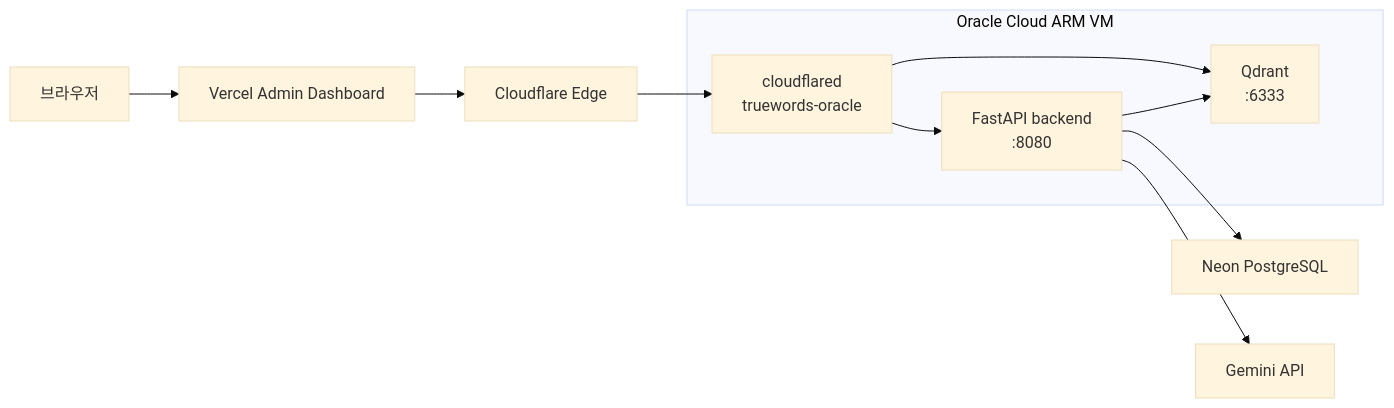
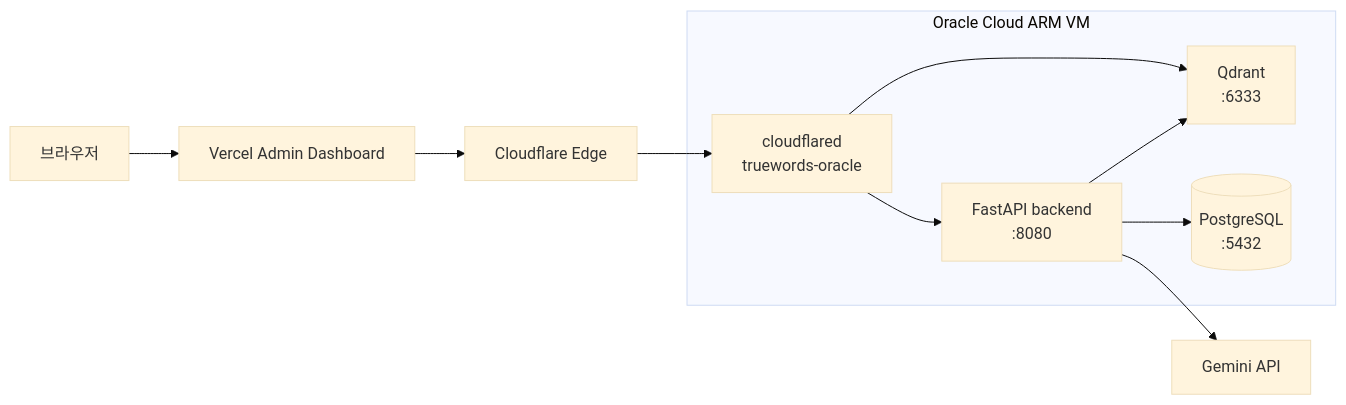
Before and after one commit to woosung-dev/truewords-platform: the diagram in docs/07_infra/oracle-vm-migration.md, drawn with Mermaid (base theme). The commit also changed other lines of this file and 25 other files, not shown here.

````diff
--- a/docs/07_infra/oracle-vm-migration.md
+++ b/docs/07_infra/oracle-vm-migration.md
@@ -19,13 +29,13 @@
 ```mermaid
 flowchart LR
     Browser[브라우저] --> Vercel[Vercel Admin Dashboard]
     Vercel --> Edge[Cloudflare Edge]
     Edge --> Tunnel[cloudflared<br/>truewords-oracle]
     subgraph Oracle[Oracle Cloud ARM VM]
         Tunnel --> Backend[FastAPI backend<br/>:8080]
         Tunnel --> Qdrant[Qdrant<br/>:6333]
         Backend --> Qdrant
+        Backend --> Postgres[(PostgreSQL<br/>:5432)]
     end
-    Backend --> Neon[Neon PostgreSQL]
     Backend --> Gemini[Gemini API]
 ```
````
